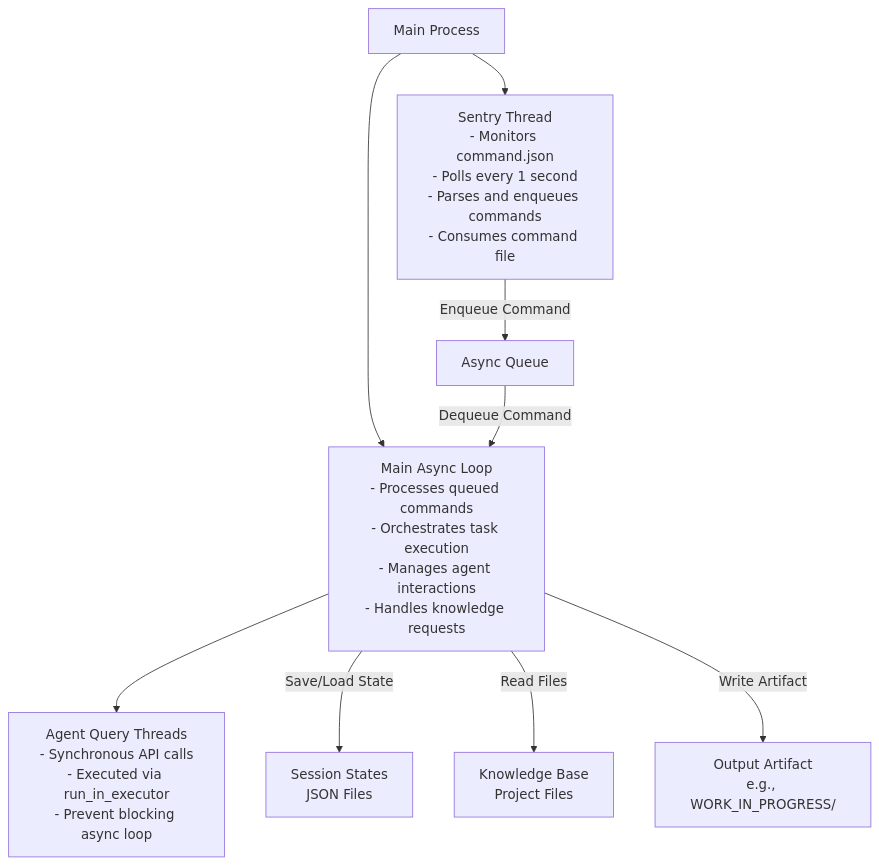
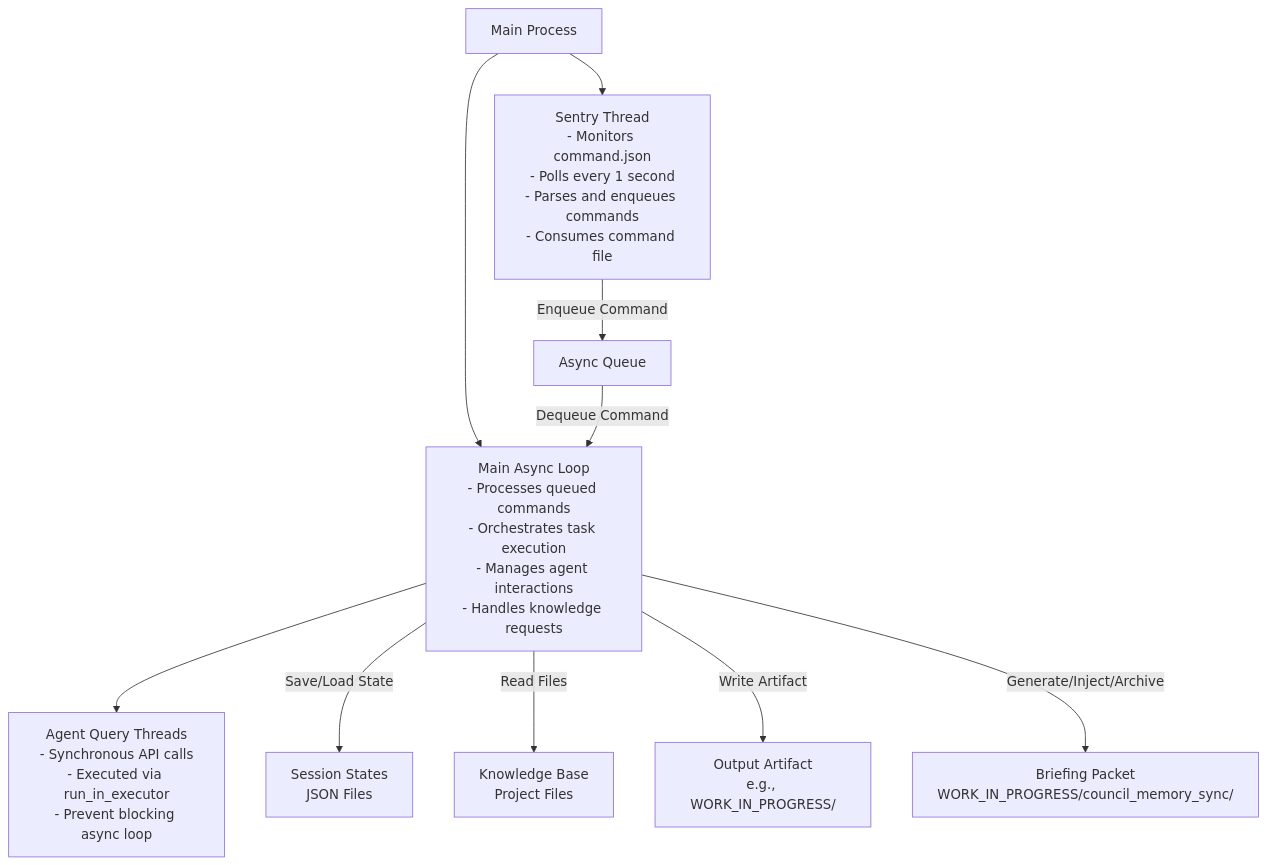
Before and after one commit to richfrem/Project_Sanctuary: the second of 2 diagrams in council_orchestrator/README.md, drawn with Mermaid. The commit also changed other lines of this file and 15 other files, not shown here.

Commit message:
Update genome to reflect Orchestrator v2.0 multi-threading, briefing packet integration, Guardian role, and Council Memory Synchronization Protocol

````diff
--- a/council_orchestrator/README.md
+++ b/council_orchestrator/README.md
@@ -81,16 +92,17 @@
 ```mermaid
 graph TD
     A[Main Process] --> B[Sentry Thread]
     A --> C[Main Async Loop]
     C --> D[Agent Query Threads]
 
     B[Sentry Thread<br/>- Monitors command.json<br/>- Polls every 1 second<br/>- Parses and enqueues commands<br/>- Consumes command file]
     C[Main Async Loop<br/>- Processes queued commands<br/>- Orchestrates task execution<br/>- Manages agent interactions<br/>- Handles knowledge requests]
     D[Agent Query Threads<br/>- Synchronous API calls<br/>- Executed via run_in_executor<br/>- Prevent blocking async loop]
 
     B -->|Enqueue Command| E[Async Queue]
     E -->|Dequeue Command| C
     C -->|Save/Load State| F[Session States<br/>JSON Files]
     C -->|Read Files| G[Knowledge Base<br/>Project Files]
     C -->|Write Artifact| H[Output Artifact<br/>e.g., WORK_IN_PROGRESS/]
+    C -->|Generate/Inject/Archive| I[Briefing Packet<br/>WORK_IN_PROGRESS/council_memory_sync/]
 ```
````
